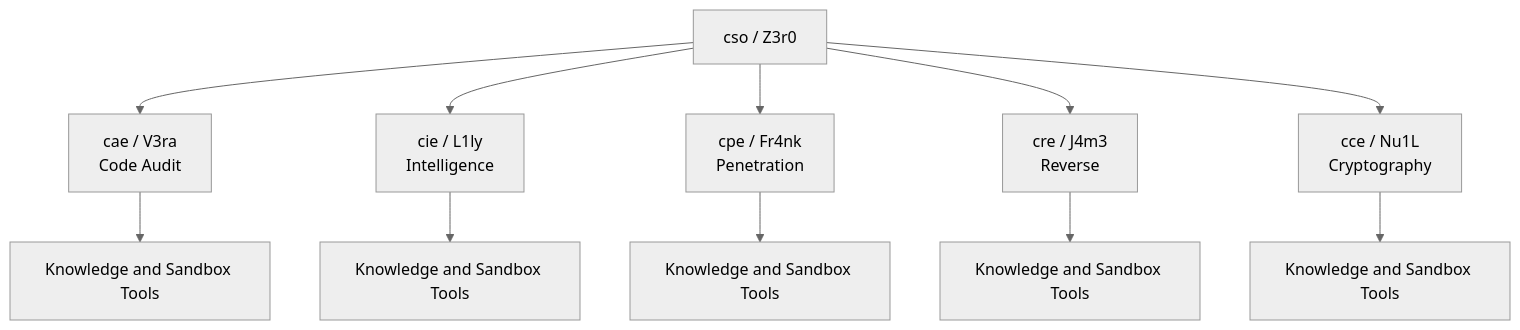
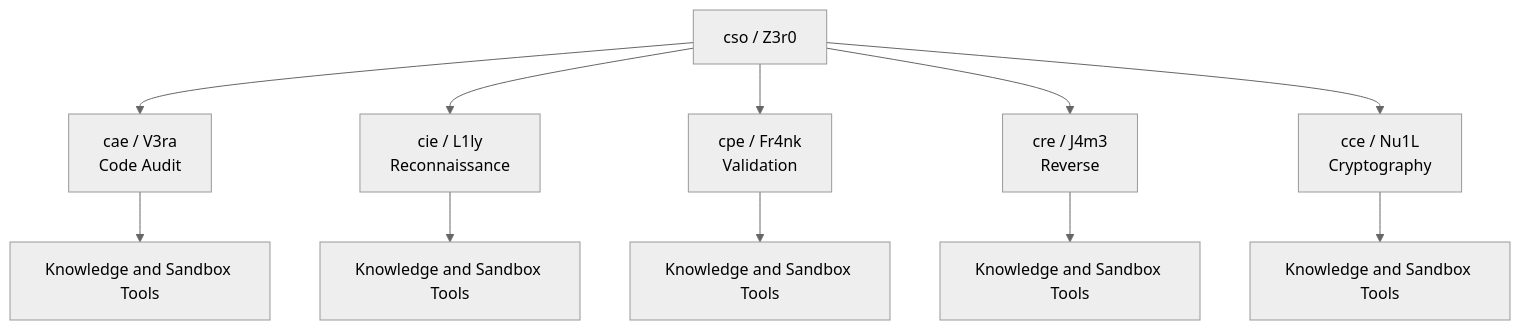
The third of 7 diagrams in README_zh.md (MolTau9527/Z3r0), drawn with Mermaid (neutral theme) before and after one commit. The commit also changed other lines of this file and 4 other files, not shown here.

````diff
--- a/README_zh.md
+++ b/README_zh.md
@@ -107,15 +109,15 @@
 ```mermaid
 flowchart TB
   CSO["cso / Z3r0"]
   CSO --> CAE["cae / V3ra<br/>Code Audit"]
-  CSO --> CIE["cie / L1ly<br/>Intelligence"]
-  CSO --> CPE["cpe / Fr4nk<br/>Penetration"]
+  CSO --> CIE["cie / L1ly<br/>Reconnaissance"]
+  CSO --> CPE["cpe / Fr4nk<br/>Validation"]
   CSO --> CRE["cre / J4m3<br/>Reverse"]
   CSO --> CCE["cce / Nu1L<br/>Cryptography"]
 
   CAE --> A1["Knowledge and Sandbox Tools"]
   CIE --> K1["Knowledge and Sandbox Tools"]
   CPE --> S1["Knowledge and Sandbox Tools"]
   CRE --> S2["Knowledge and Sandbox Tools"]
   CCE --> S3["Knowledge and Sandbox Tools"]
 ```
````
